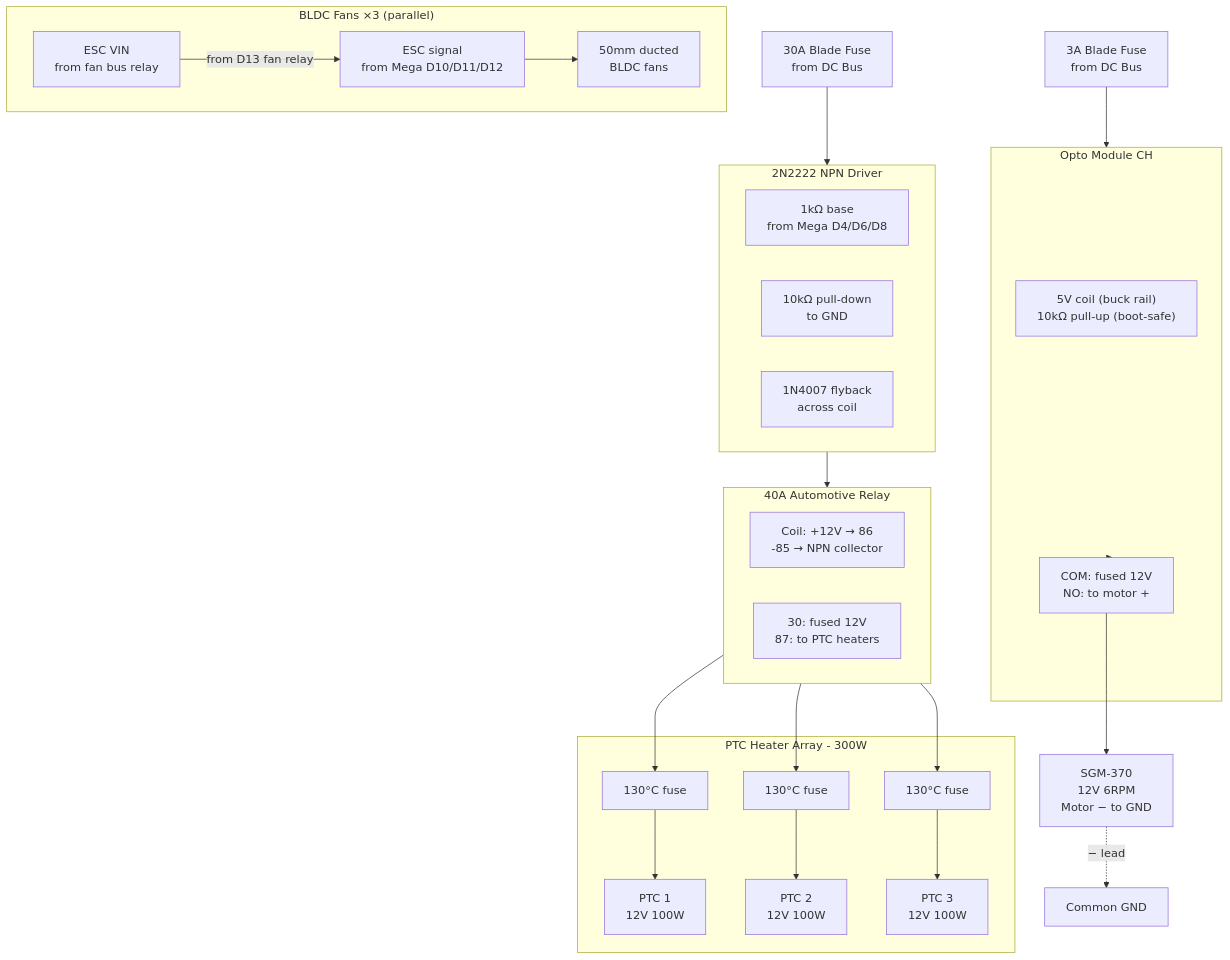
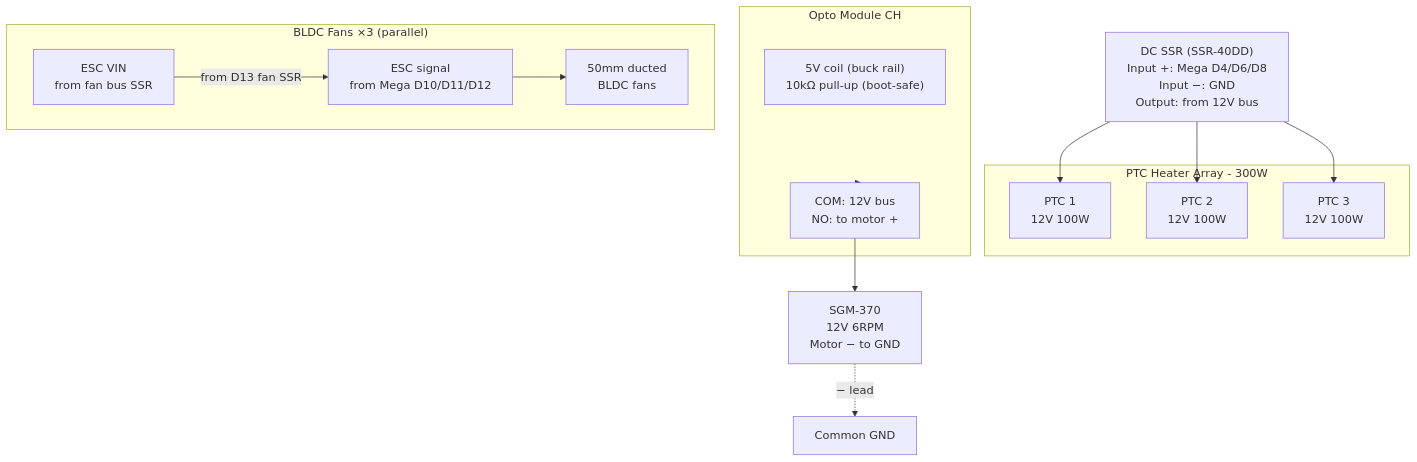
The third of 4 diagrams in docs/BLOCK-DIAGRAM.md (qppd/umbrella-dryer-v2), drawn with Mermaid before and after one commit. The commit also changed other lines of this file and 11 other files, not shown here.

````diff
--- a/docs/BLOCK-DIAGRAM.md
+++ b/docs/BLOCK-DIAGRAM.md
@@ -115,48 +101,31 @@
 ```mermaid
 flowchart TB
-    FUSE_PTC["30A Blade Fuse<br/>from DC Bus"]
-    FUSE_MOT["3A Blade Fuse<br/>from DC Bus"]
-
-    subgraph NPN_DRV["2N2222 NPN Driver"]
-        R_BASE["1kΩ base<br/>from Mega D4/D6/D8"]
-        R_PULL["10kΩ pull-down<br/>to GND"]
-        D_FLY["1N4007 flyback<br/>across coil"]
-    end
-
-    subgraph RELAY_H["40A Automotive Relay"]
-        COIL["Coil: +12V → 86<br/>-85 → NPN collector"]
-        CONTACTS["30: fused 12V<br/>87: to PTC heaters"]
-    end
+    SSR_PTC["DC SSR (SSR-40DD)<br/>Input +: Mega D4/D6/D8<br/>Input −: GND<br/>Output: from 12V bus"]
 
     subgraph HEATERS["PTC Heater Array - 300W"]
-        THF1["130°C fuse"]
         H1["PTC 1<br/>12V 100W"]
-        THF2["130°C fuse"]
         H2["PTC 2<br/>12V 100W"]
-        THF3["130°C fuse"]
         H3["PTC 3<br/>12V 100W"]
     end
 
+    SSR_PTC --> H1 & H2 & H3
+
     subgraph OPTO["Opto Module CH"]
         OPTO_COIL["5V coil (buck rail)<br/>10kΩ pull-up (boot-safe)"]
-        OPTO_CONTACTS["COM: fused 12V<br/>NO: to motor +"]
+        OPTO_CONTACTS["COM: 12V bus<br/>NO: to motor +"]
     end
 
     MOTOR["SGM-370<br/>12V 6RPM<br/>Motor − to GND"]
 
     subgraph FANS["BLDC Fans ×3 (parallel)"]
         ESC_S["ESC signal<br/>from Mega D10/D11/D12"]
-        ESC_V["ESC VIN<br/>from fan bus relay"]
+        ESC_V["ESC VIN<br/>from fan bus SSR"]
         BLDC_F["50mm ducted<br/>BLDC fans"]
     end
 
-    FUSE_PTC --> NPN_DRV --> RELAY_H --> THF1 --> H1
-    RELAY_H --> THF2 --> H2
-    RELAY_H --> THF3 --> H3
-
-    FUSE_MOT --> OPTO --> OPTO_CONTACTS --> MOTOR
+    OPTO --> OPTO_CONTACTS --> MOTOR
     MOTOR -. "− lead" .-> GND["Common GND"]
 
     FANS
-    ESC_V -->|"from D13 fan relay"| ESC_S --> BLDC_F
+    ESC_V -->|"from D13 fan SSR"| ESC_S --> BLDC_F
 ```
````
